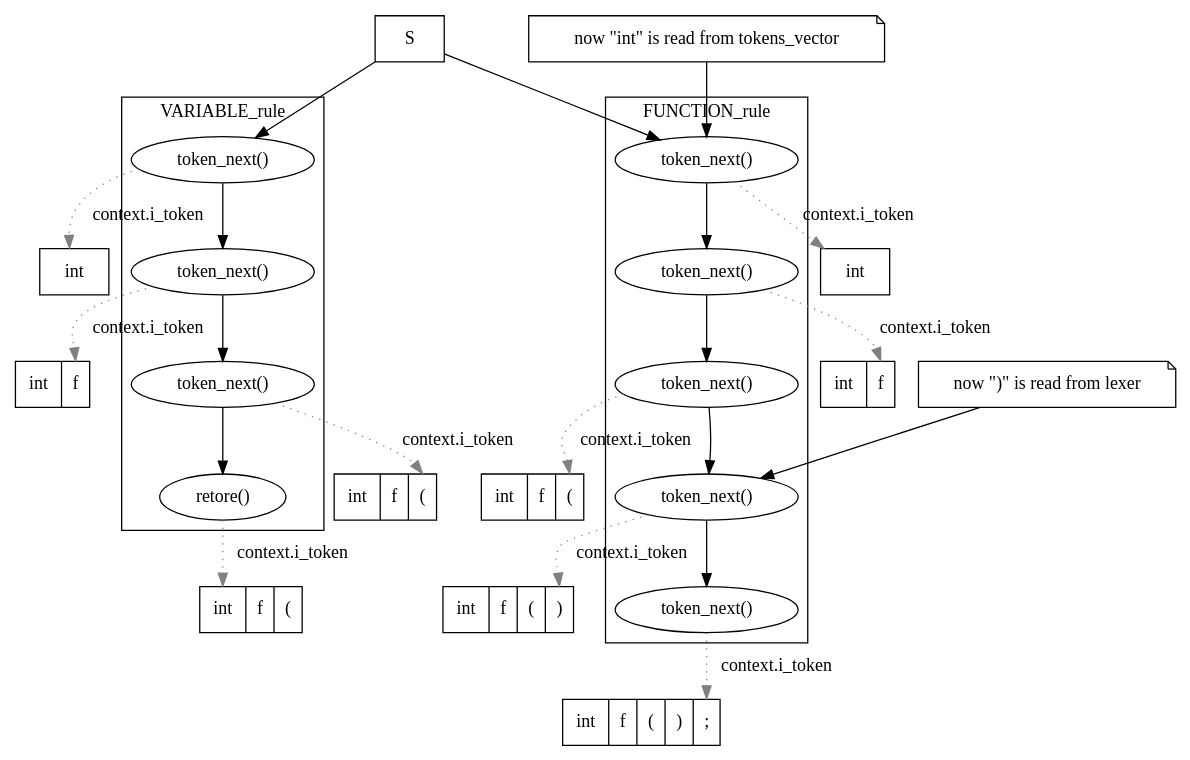
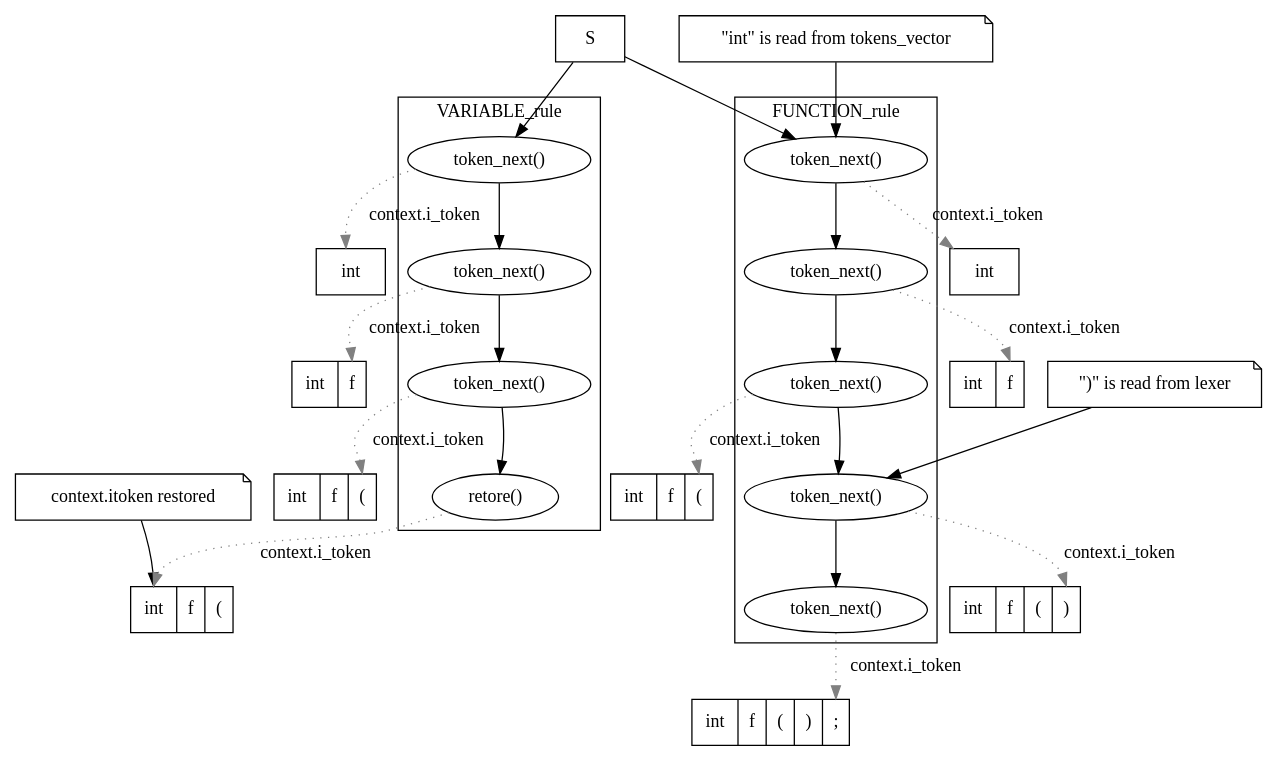
The diagram in programmer_manual/chapter_parsing/token_next_buffer_01.dot (fructu/abidos_cpp_doc), drawn with Graphviz before and after one commit. The commit also changed 5 other files, not shown here.

```diff
--- a/programmer_manual/chapter_parsing/token_next_buffer_01.dot
+++ b/programmer_manual/chapter_parsing/token_next_buffer_01.dot
@@ -1,65 +1,67 @@
 digraph stack_01 {
 //x,y
 //	size="4,10!";
 
 	node [shape = record];
 
   s [label="S"];
 
   s1 [label="<p>int"];
   s2 [label="int|<p>f}"];
   s3 [label="int|f|<p>("];
   s4 [label="<p>int|f|("];
+  s4_note [label="context.itoken restored", shape = "note"];
 
   t1 [label=" token_next()", shape = "ellipse"];
   t2 [label=" token_next()", shape = "ellipse"];
   t3 [label=" token_next()", shape = "ellipse"];
   t4 [label=" retore()",     shape = "ellipse"];
 
   rankdir=TB;
   subgraph cluster_variable_rule {
     label="VARIABLE_rule";
     t1->t2;
     t2->t3;
     t3->t4;
   }
 
   sf1 [label="<p>int"];
   sf2 [label="int|<p>f"];
   sf3 [label="int|f|<p>("];
   sf4 [label="int|f|(|<p>)"];
   sf5 [label="int|f|(|)|<p>;"];
 
   tf1 [label=" token_next()", shape = "ellipse"];
-  tf1_note [label="now \"int\" is read from tokens_vector", shape = "note"];
+  tf1_note [label="\"int\" is read from tokens_vector", shape = "note"];
   tf2 [label=" token_next()", shape = "ellipse"];
   tf3 [label=" token_next()", shape = "ellipse"];
   tf4 [label=" token_next()", shape = "ellipse"];
-  tf4_note [label="now \")\" is read from lexer", shape = "note"];
+  tf4_note [label="\")\" is read from lexer", shape = "note"];
   tf5 [label=" token_next()", shape = "ellipse"];
 
   subgraph cluster_function_rule {
     label="FUNCTION_rule";
     tf1->tf2;
     tf2->tf3;
     tf3->tf4;
     tf4->tf5;
   }
 
   s->t1;
   s->tf1;
 
   t1->s1:p [label="context.i_token"  , color = "gray", style="dotted"];
   t2->s2:p [label="context.i_token"  , color = "gray", style="dotted"];
   t3->s3:p [label="context.i_token"  , color = "gray", style="dotted"];
   t4->s4:p [label="context.i_token"  , color = "gray", style="dotted"];
 
   tf1->sf1:p [label="context.i_token"  , color = "gray", style="dotted"];
   tf2->sf2:p [label="context.i_token"  , color = "gray", style="dotted"];
   tf3->sf3:p [label="context.i_token"  , color = "gray", style="dotted"];
   tf4->sf4:p [label="context.i_token"  , color = "gray", style="dotted"];
   tf5->sf5:p [label="context.i_token"  , color = "gray", style="dotted"];
 
+  s4_note  -> s4:p;
   tf1_note -> tf1;
   tf4_note -> tf4;
 }
```
